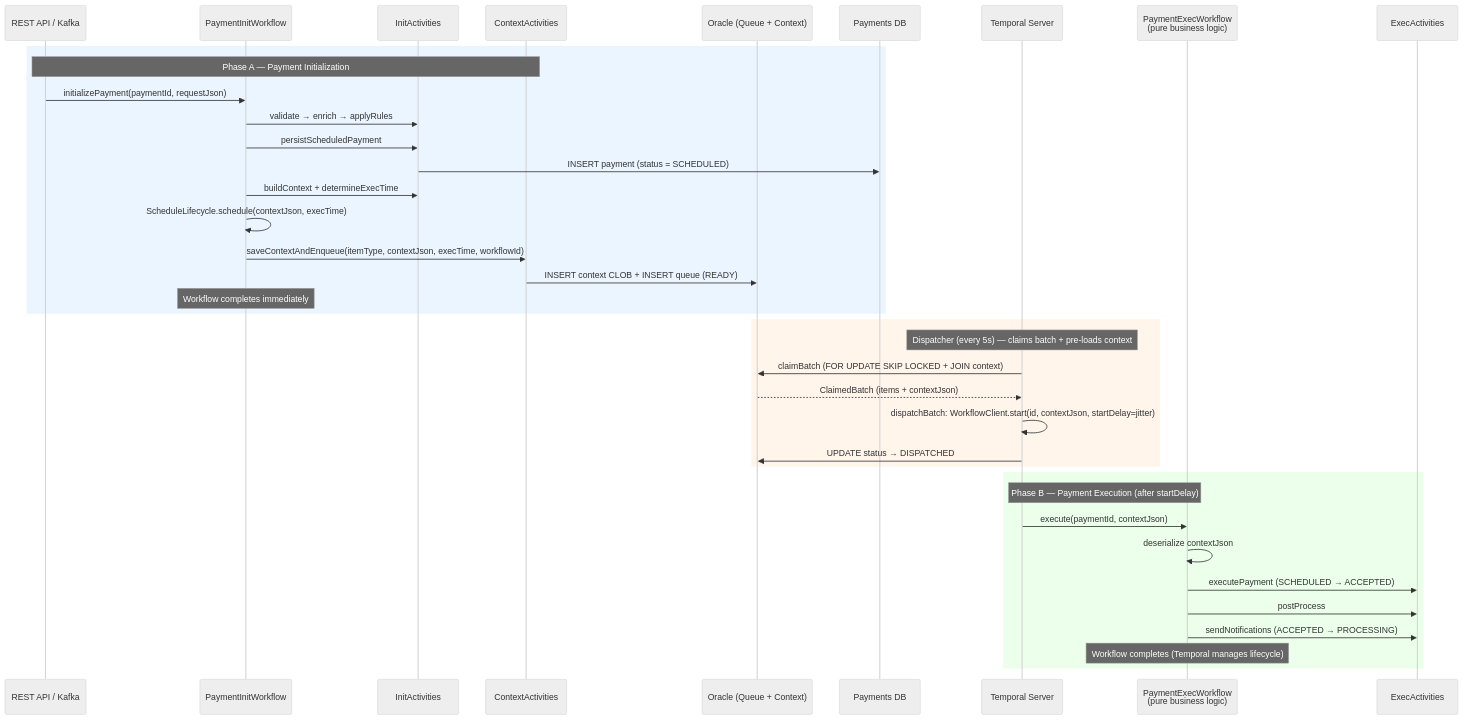
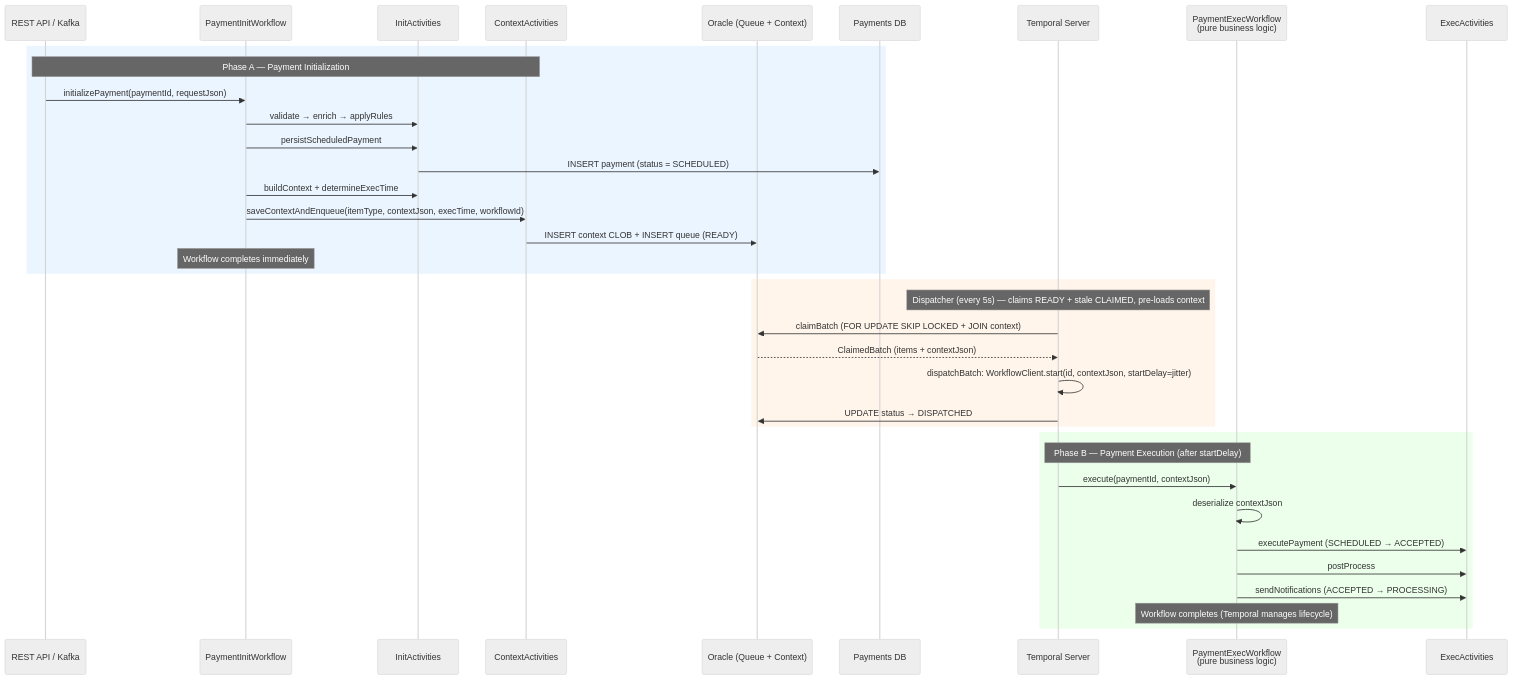
Before and after one commit to arunav-bhattacharya/payments-dispatcher: the second of 5 diagrams in README.md, drawn with Mermaid (neutral theme). The commit also changed other lines of this file, not shown here.

Commit message:
Enhance README documentation for payment workflow architecture, clarifying phases, context handling, and reliability guarantees

````diff
--- a/README.md
+++ b/README.md
@@ -100,47 +71,46 @@
 ```mermaid
 sequenceDiagram
     participant Client as REST API / Kafka
     participant IW as PaymentInitWorkflow
     participant IA as InitActivities
     participant CA as ContextActivities
     participant Oracle as Oracle (Queue + Context)
     participant PDB as Payments DB
     participant T as Temporal Server
     participant EW as PaymentExecWorkflow<br/>(pure business logic)
     participant EA as ExecActivities
 
     rect rgb(235, 245, 255)
     Note over Client,CA: Phase A — Payment Initialization
 
     Client->>IW: initializePayment(paymentId, requestJson)
     IW->>IA: validate → enrich → applyRules
     IW->>IA: persistScheduledPayment
     IA->>PDB: INSERT payment (status = SCHEDULED)
     IW->>IA: buildContext + determineExecTime
-    IW->>IW: ScheduleLifecycle.schedule(contextJson, execTime)
     IW->>CA: saveContextAndEnqueue(itemType, contextJson, execTime, workflowId)
     CA->>Oracle: INSERT context CLOB + INSERT queue (READY)
     Note over IW: Workflow completes immediately
     end
 
     rect rgb(255, 245, 235)
-    Note over T: Dispatcher (every 5s) — claims batch + pre-loads context
+    Note over T: Dispatcher (every 5s) — claims READY + stale CLAIMED, pre-loads context
     T->>Oracle: claimBatch (FOR UPDATE SKIP LOCKED + JOIN context)
     Oracle-->>T: ClaimedBatch (items + contextJson)
     T->>T: dispatchBatch: WorkflowClient.start(id, contextJson, startDelay=jitter)
     T->>Oracle: UPDATE status → DISPATCHED
     end
 
     rect rgb(235, 255, 235)
     Note over T,EW: Phase B — Payment Execution (after startDelay)
 
     T->>EW: execute(paymentId, contextJson)
 
     EW->>EW: deserialize contextJson
     EW->>EA: executePayment (SCHEDULED → ACCEPTED)
     EW->>EA: postProcess
     EW->>EA: sendNotifications (ACCEPTED → PROCESSING)
 
     Note over EW: Workflow completes (Temporal manages lifecycle)
     end
 ```
````
